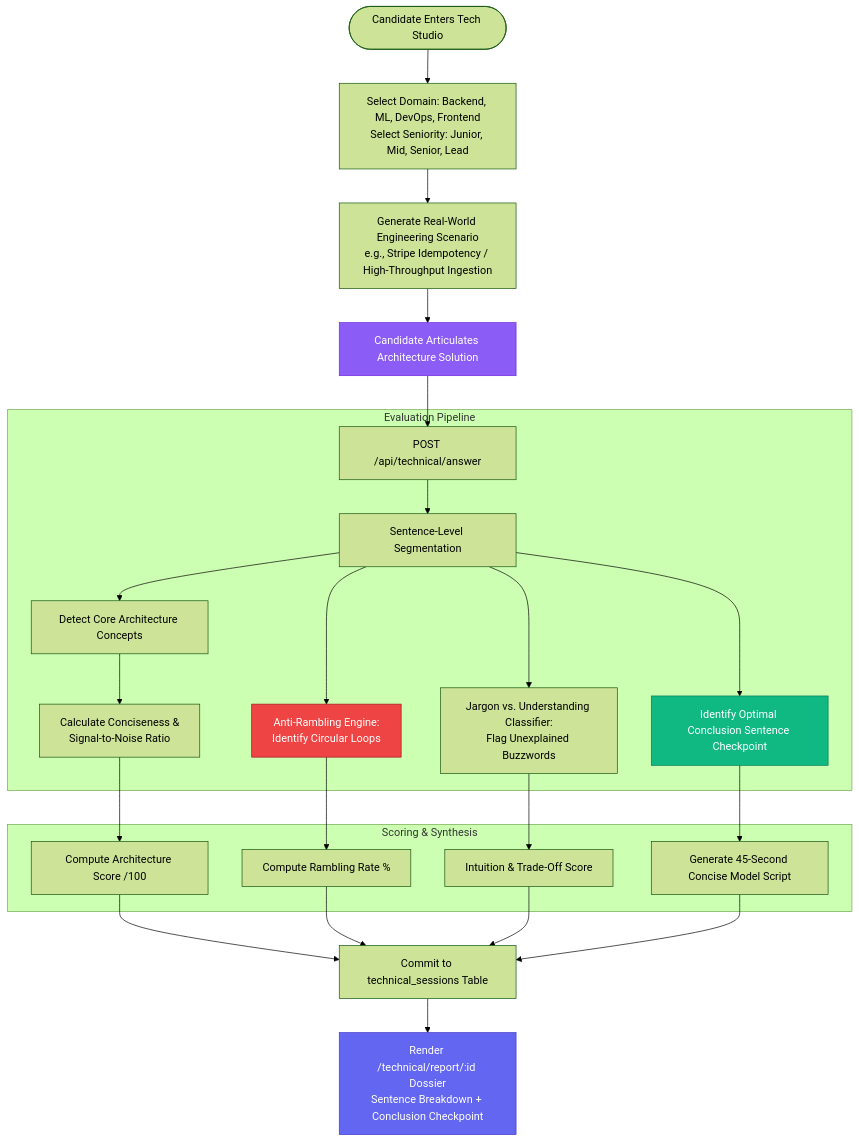
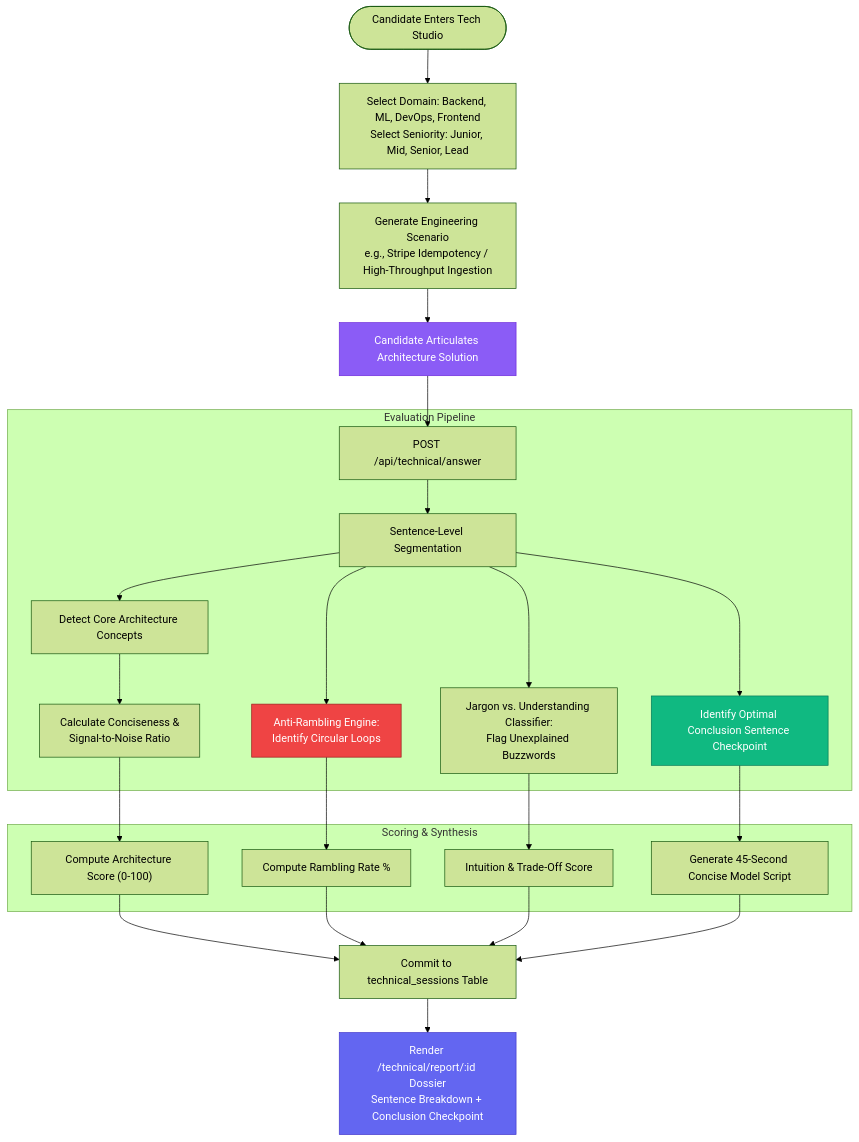
The fourth of 11 diagrams in Approach.md (Sohailsadeed/campusrecruitment-communication-agent), drawn with Mermaid (forest theme) before and after one commit. The commit also changed other lines of this file, not shown here.

Commit message:
fix(docs): resolve GitHub Mermaid parsing errors by quoting subgraph IDs and labels

````diff
--- a/Approach.md
+++ b/Approach.md
@@ -262,35 +262,35 @@
 ```mermaid
 flowchart TD
-    Start([Candidate Enters Tech Studio]) --> Config[Select Domain: Backend, ML, DevOps, Frontend\nSelect Seniority: Junior, Mid, Senior, Lead]
-    Config --> Prompt[Generate Real-World Engineering Scenario\ne.g., Stripe Idempotency / High-Throughput Ingestion]
-    Prompt --> CandidateAns[Candidate Articulates Architecture Solution]
-    CandidateAns --> Ingest[POST /api/technical/answer]
+    Start(["Candidate Enters Tech Studio"]) --> Config["Select Domain: Backend, ML, DevOps, Frontend<br/>Select Seniority: Junior, Mid, Senior, Lead"]
+    Config --> Prompt["Generate Engineering Scenario<br/>e.g., Stripe Idempotency / High-Throughput Ingestion"]
+    Prompt --> CandidateAns["Candidate Articulates Architecture Solution"]
+    CandidateAns --> Ingest["POST /api/technical/answer"]
 
-    subgraph Evaluation Pipeline
-        Ingest --> SentSplit[Sentence-Level Segmentation]
-        SentSplit --> CoreAnswer[Detect Core Architecture Concepts]
-        CoreAnswer --> SNR[Calculate Conciseness &\nSignal-to-Noise Ratio]
-        SentSplit --> RambleDetect[Anti-Rambling Engine:\nIdentify Circular Loops]
-        SentSplit --> ConclusionPt[Identify Optimal Conclusion Sentence Checkpoint]
-        SentSplit --> JargonAudit[Jargon vs. Understanding Classifier:\nFlag Unexplained Buzzwords]
+    subgraph EvalPipeline ["Evaluation Pipeline"]
+        Ingest --> SentSplit["Sentence-Level Segmentation"]
+        SentSplit --> CoreAnswer["Detect Core Architecture Concepts"]
+        CoreAnswer --> SNR["Calculate Conciseness &<br/>Signal-to-Noise Ratio"]
+        SentSplit --> RambleDetect["Anti-Rambling Engine:<br/>Identify Circular Loops"]
+        SentSplit --> ConclusionPt["Identify Optimal Conclusion Sentence Checkpoint"]
+        SentSplit --> JargonAudit["Jargon vs. Understanding Classifier:<br/>Flag Unexplained Buzzwords"]
     end
 
-    subgraph Scoring & Synthesis
-        SNR --> ArchScore[Compute Architecture Score /100]
-        RambleDetect --> RambleRate[Compute Rambling Rate %]
-        JargonAudit --> IntuitionScore[Intuition & Trade-Off Score]
-        ConclusionPt --> ModelScript[Generate 45-Second Concise Model Script]
+    subgraph ScoringSynthesis ["Scoring & Synthesis"]
+        SNR --> ArchScore["Compute Architecture Score (0-100)"]
+        RambleDetect --> RambleRate["Compute Rambling Rate %"]
+        JargonAudit --> IntuitionScore["Intuition & Trade-Off Score"]
+        ConclusionPt --> ModelScript["Generate 45-Second Concise Model Script"]
     end
 
-    ArchScore --> Save[Commit to technical_sessions Table]
+    ArchScore --> Save["Commit to technical_sessions Table"]
     RambleRate --> Save
     IntuitionScore --> Save
     ModelScript --> Save
 
-    Save --> Dossier[Render /technical/report/:id Dossier\nSentence Breakdown + Conclusion Checkpoint]
+    Save --> Dossier["Render /technical/report/:id Dossier<br/>Sentence Breakdown + Conclusion Checkpoint"]
 
     style CandidateAns fill:#8b5cf6,stroke:#6d28d9,color:#fff
     style RambleDetect fill:#ef4444,stroke:#991b1b,color:#fff
     style ConclusionPt fill:#10b981,stroke:#047857,color:#fff
     style Dossier fill:#6366f1,stroke:#4338ca,color:#fff
 ```
````
